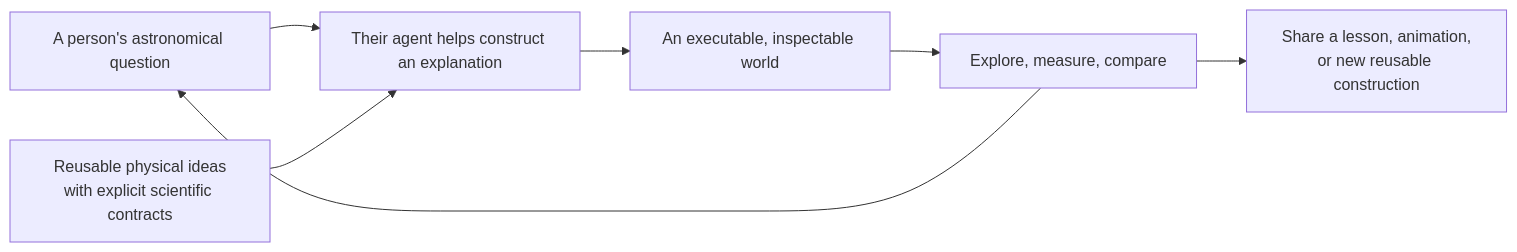
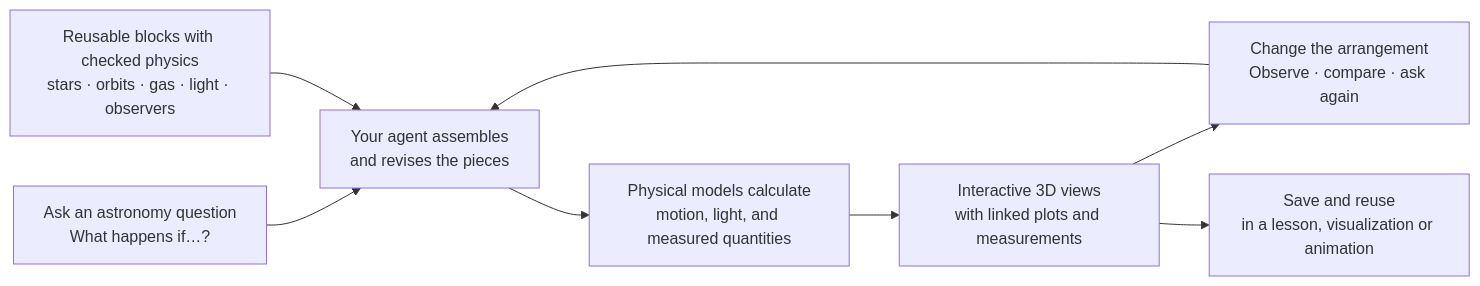
Before and after one commit to Mingxuan-Liu/cosmic-lego: the diagram in README.md, drawn with Mermaid. The commit also changed other lines of this file and 18 other files, not shown here.

````diff
--- a/README.md
+++ b/README.md
@@ -21,9 +19,10 @@
 ```mermaid
 flowchart LR
-    Q["A person's astronomical question"] --> A["Their agent helps construct an explanation"]
-    B["Reusable physical ideas<br/>with explicit scientific contracts"] --> A
-    A --> W["An executable, inspectable world"]
-    W --> E["Explore, measure, compare"]
-    E --> Q
-    E --> S["Share a lesson, animation,<br/>or new reusable construction"]
+    Q["Ask an astronomy question<br/>What happens if…?"] --> A["Your agent assembles<br/>and revises the pieces"]
+    B["Reusable blocks with checked physics<br/>stars · orbits · gas · light · observers"] --> A
+    A --> P["Physical models calculate<br/>motion, light, and measured quantities"]
+    P --> V["Interactive 3D views<br/>with linked plots and measurements"]
+    V --> E["Change the arrangement<br/>Observe · compare · ask again"]
+    E --> A
+    V --> R["Save and reuse<br/>in a lesson, visualization or animation"]
 ```
````
